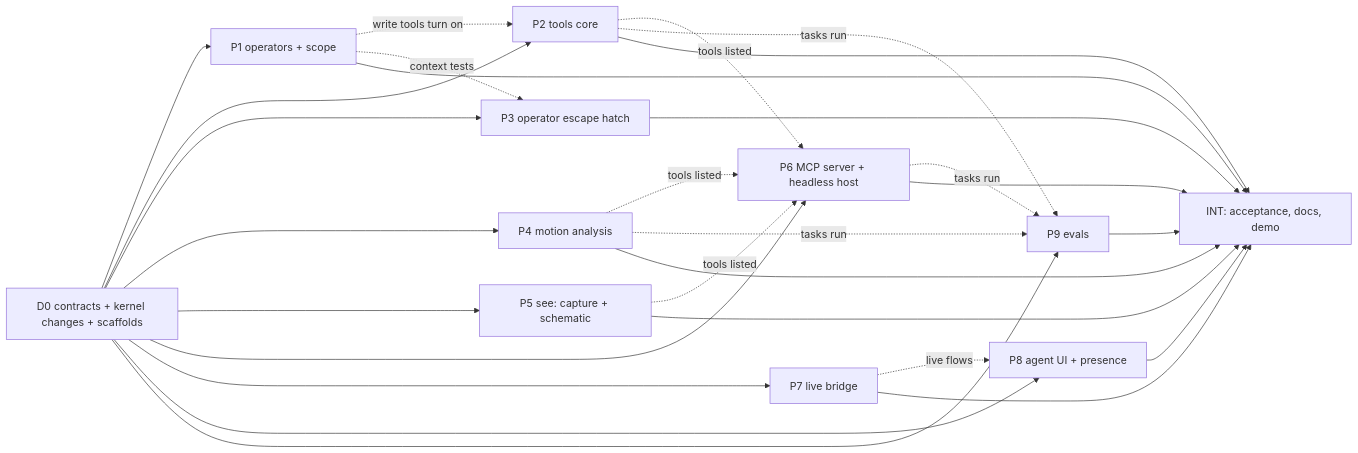
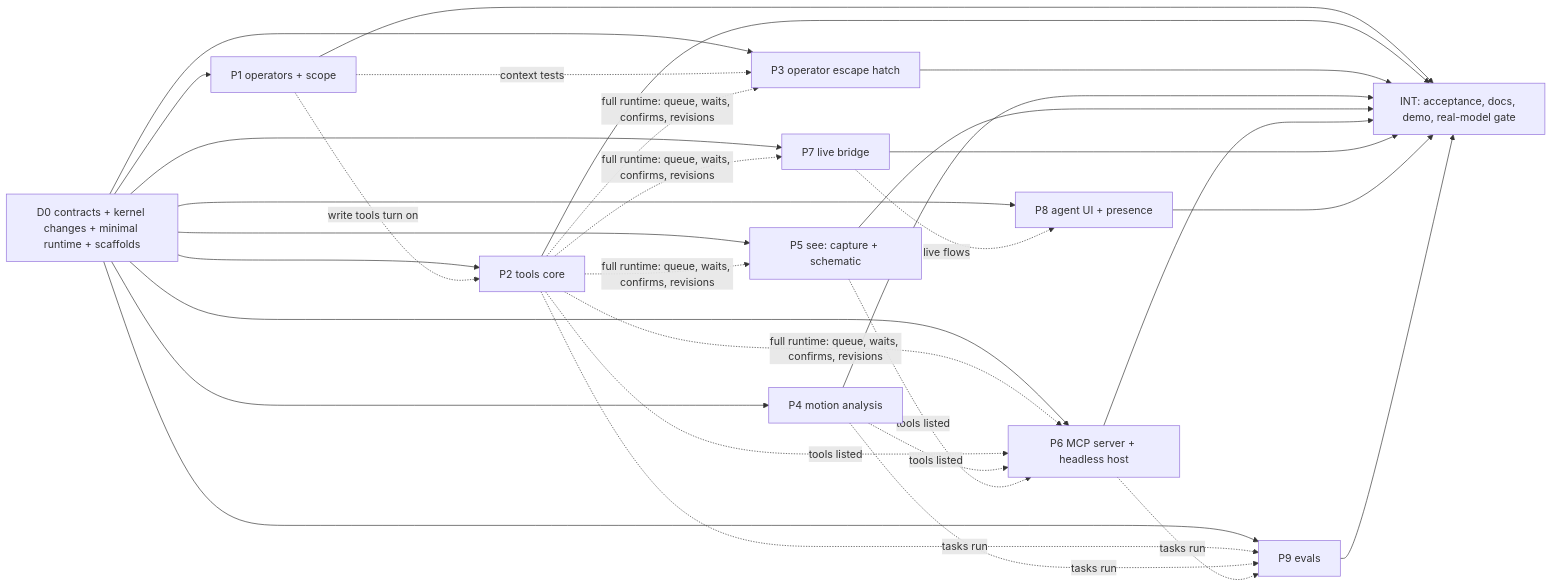
One commit to ekza-space/ekza-animator changed the second of 2 diagrams in docs/MCP-SPEC.md. Above: the diagram before and after it, drawn with Mermaid. The commit also changed other lines of this file and 6 other files, not shown here.

````diff
--- a/docs/MCP-SPEC.md
+++ b/docs/MCP-SPEC.md
@@ -2393,18 +2880,19 @@
 ```mermaid
 flowchart LR
-  D0["D0 contracts + kernel changes + scaffolds"] --> P1["P1 operators + scope"]
+  D0["D0 contracts + kernel changes + minimal runtime + scaffolds"] --> P1["P1 operators + scope"]
   D0 --> P2["P2 tools core"]
   D0 --> P3["P3 operator escape hatch"]
   D0 --> P4["P4 motion analysis"]
   D0 --> P5["P5 see: capture + schematic"]
   D0 --> P6["P6 MCP server + headless host"]
   D0 --> P7["P7 live bridge"]
   D0 --> P8["P8 agent UI + presence"]
   D0 --> P9["P9 evals"]
   P1 -. write tools turn on .-> P2
   P1 -. context tests .-> P3
+  P2 -. full runtime: queue, waits, confirms, revisions .-> P3 & P5 & P6 & P7
   P2 & P4 & P5 -. tools listed .-> P6
   P7 -. live flows .-> P8
   P2 & P4 & P6 -. tasks run .-> P9
-  P1 & P2 & P3 & P4 & P5 & P6 & P7 & P8 & P9 --> INT["INT: acceptance, docs, demo"]
+  P1 & P2 & P3 & P4 & P5 & P6 & P7 & P8 & P9 --> INT["INT: acceptance, docs, demo, real-model gate"]
 ```
````
